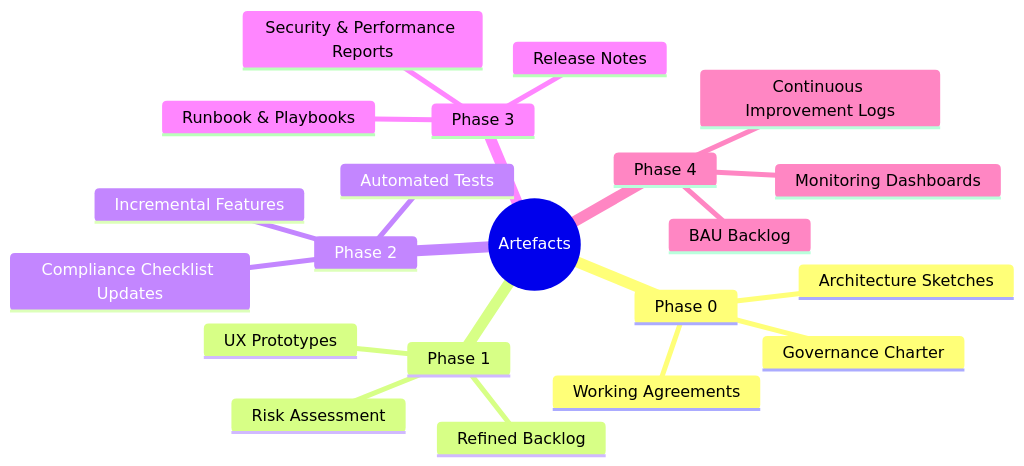
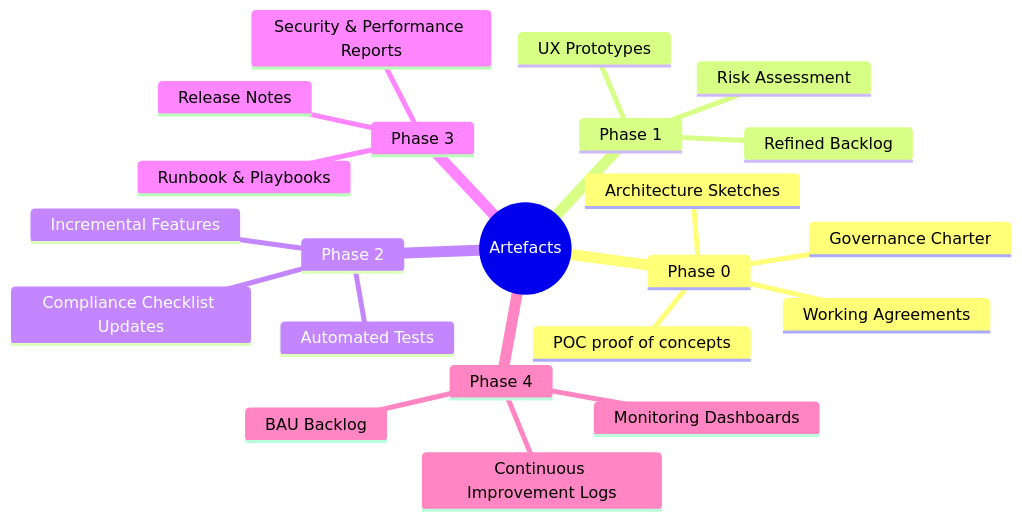
One commit to netshiaMR/way-of-working-framework changed the fourth of 4 diagrams in working-framework.md. Above: the diagram before and after it, drawn with Mermaid.

Commit message:
Add POC proof of concepts to mindmap

````diff
--- a/working-framework.md
+++ b/working-framework.md
@@ -86,24 +86,25 @@
 ```mermaid
 mindmap
   root((Artefacts))
     Phase 0
+      POC proof of concepts
       Governance Charter
       Architecture Sketches
       Working Agreements
     Phase 1
       Refined Backlog
       UX Prototypes
       Risk Assessment
     Phase 2
       Incremental Features
       Automated Tests
       Compliance Checklist Updates
     Phase 3
       Release Notes
       Runbook & Playbooks
       Security & Performance Reports
     Phase 4
       Monitoring Dashboards
       BAU Backlog
       Continuous Improvement Logs
 ```
````
